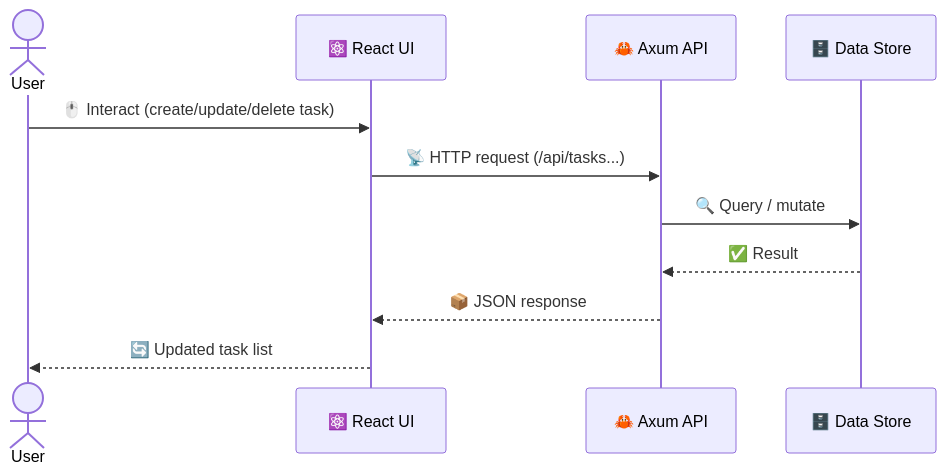
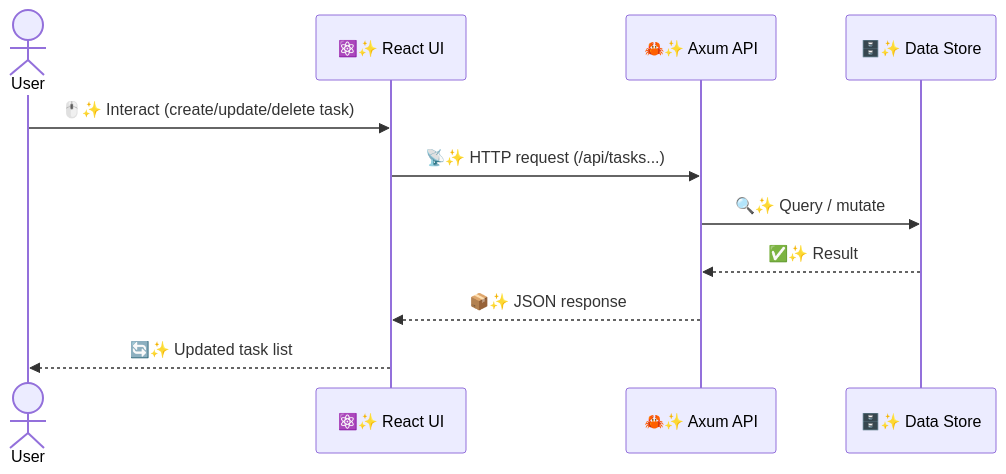
One commit to leachj/test changed the second of 2 diagrams in README.md. Above: the diagram before and after it, drawn with Mermaid. The commit also changed other lines of this file, not shown here.

Commit message:
docs: add more sparkles to diagram labels

````diff
--- a/README.md
+++ b/README.md
@@ -36,14 +36,14 @@
 ```mermaid
 sequenceDiagram
     actor User
-    participant UI as ⚛️ React UI
-    participant API as 🦀 Axum API
-    participant DB as 🗄️ Data Store
+    participant UI as ⚛️✨ React UI
+    participant API as 🦀✨ Axum API
+    participant DB as 🗄️✨ Data Store
 
-    User->>UI: 🖱️ Interact (create/update/delete task)
-    UI->>API: 📡 HTTP request (/api/tasks...)
-    API->>DB: 🔍 Query / mutate
-    DB-->>API: ✅ Result
-    API-->>UI: 📦 JSON response
-    UI-->>User: 🔄 Updated task list
+    User->>UI: 🖱️✨ Interact (create/update/delete task)
+    UI->>API: 📡✨ HTTP request (/api/tasks...)
+    API->>DB: 🔍✨ Query / mutate
+    DB-->>API: ✅✨ Result
+    API-->>UI: 📦✨ JSON response
+    UI-->>User: 🔄✨ Updated task list
 ```
````
